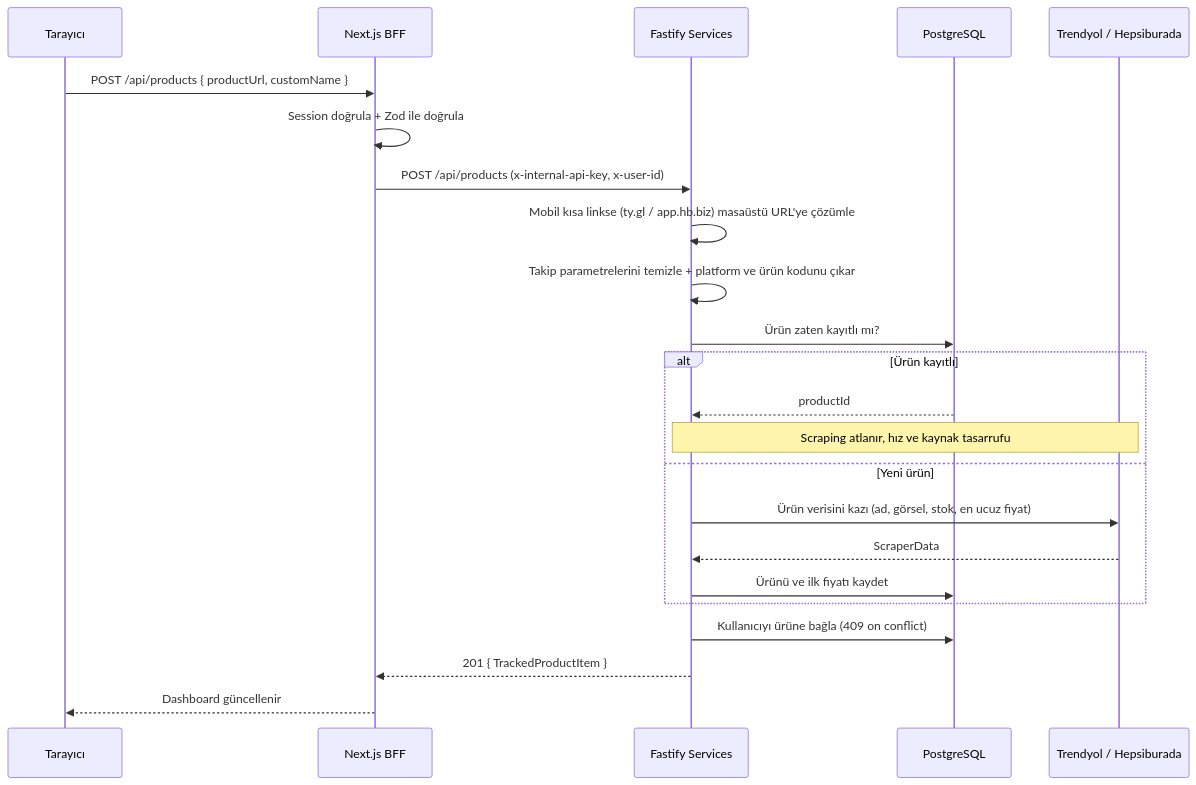
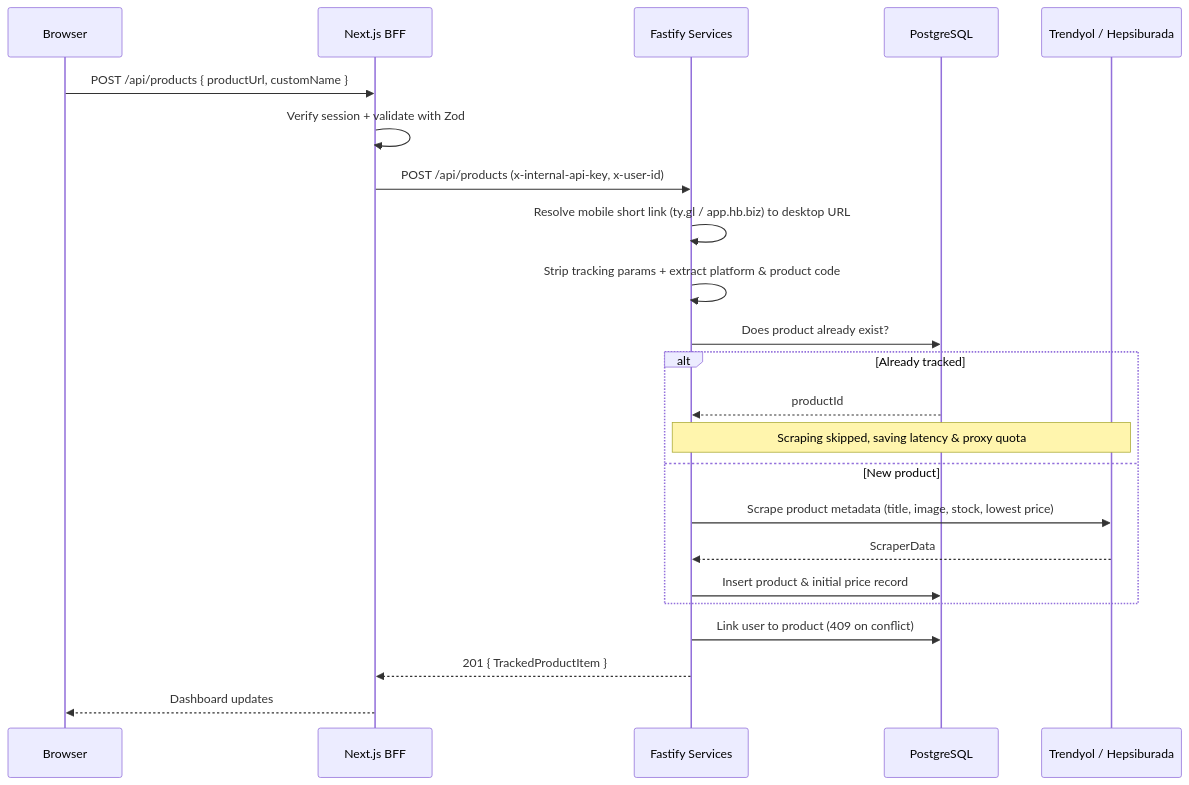
One commit to borayrdmc/Karma changed the third of 4 diagrams in README.md. Above: the diagram before and after it, drawn with Mermaid. The commit also changed other lines of this file and 1 other file, not shown here.

````diff
--- a/README.md
+++ b/README.md
@@ -179,26 +183,26 @@
 ```mermaid
 sequenceDiagram
-    participant C as Tarayıcı
+    participant C as Browser
     participant W as Next.js BFF
     participant S as Fastify Services
     participant D as PostgreSQL
     participant P as Trendyol / Hepsiburada
 
     C->>W: POST /api/products { productUrl, customName }
-    W->>W: Session doğrula + Zod ile doğrula
+    W->>W: Verify session + validate with Zod
     W->>S: POST /api/products (x-internal-api-key, x-user-id)
-    S->>S: Mobil kısa linkse (ty.gl / app.hb.biz) masaüstü URL'ye çözümle
-    S->>S: Takip parametrelerini temizle + platform ve ürün kodunu çıkar
-    S->>D: Ürün zaten kayıtlı mı?
-    alt Ürün kayıtlı
+    S->>S: Resolve mobile short link (ty.gl / app.hb.biz) to desktop URL
+    S->>S: Strip tracking params + extract platform & product code
+    S->>D: Does product already exist?
+    alt Already tracked
         D-->>S: productId
-        Note over S,P: Scraping atlanır, hız ve kaynak tasarrufu
-    else Yeni ürün
-        S->>P: Ürün verisini kazı (ad, görsel, stok, en ucuz fiyat)
+        Note over S,P: Scraping skipped, saving latency & proxy quota
+    else New product
+        S->>P: Scrape product metadata (title, image, stock, lowest price)
         P-->>S: ScraperData
-        S->>D: Ürünü ve ilk fiyatı kaydet
+        S->>D: Insert product & initial price record
     end
-    S->>D: Kullanıcıyı ürüne bağla (409 on conflict)
+    S->>D: Link user to product (409 on conflict)
     S-->>W: 201 { TrackedProductItem }
-    W-->>C: Dashboard güncellenir
+    W-->>C: Dashboard updates
 ```
````
